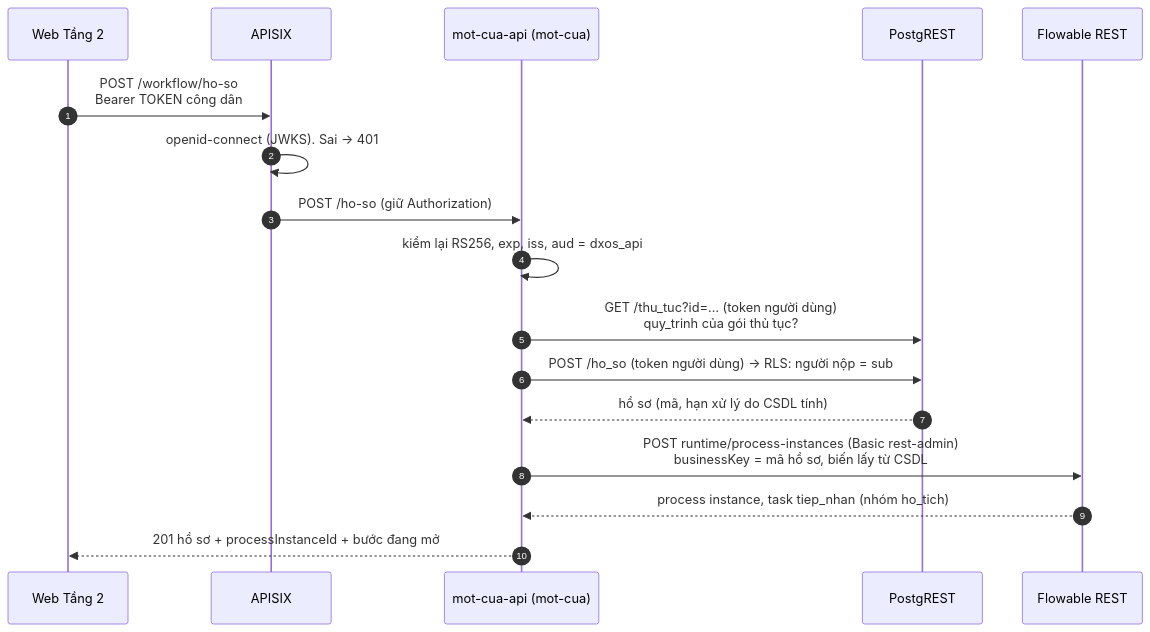
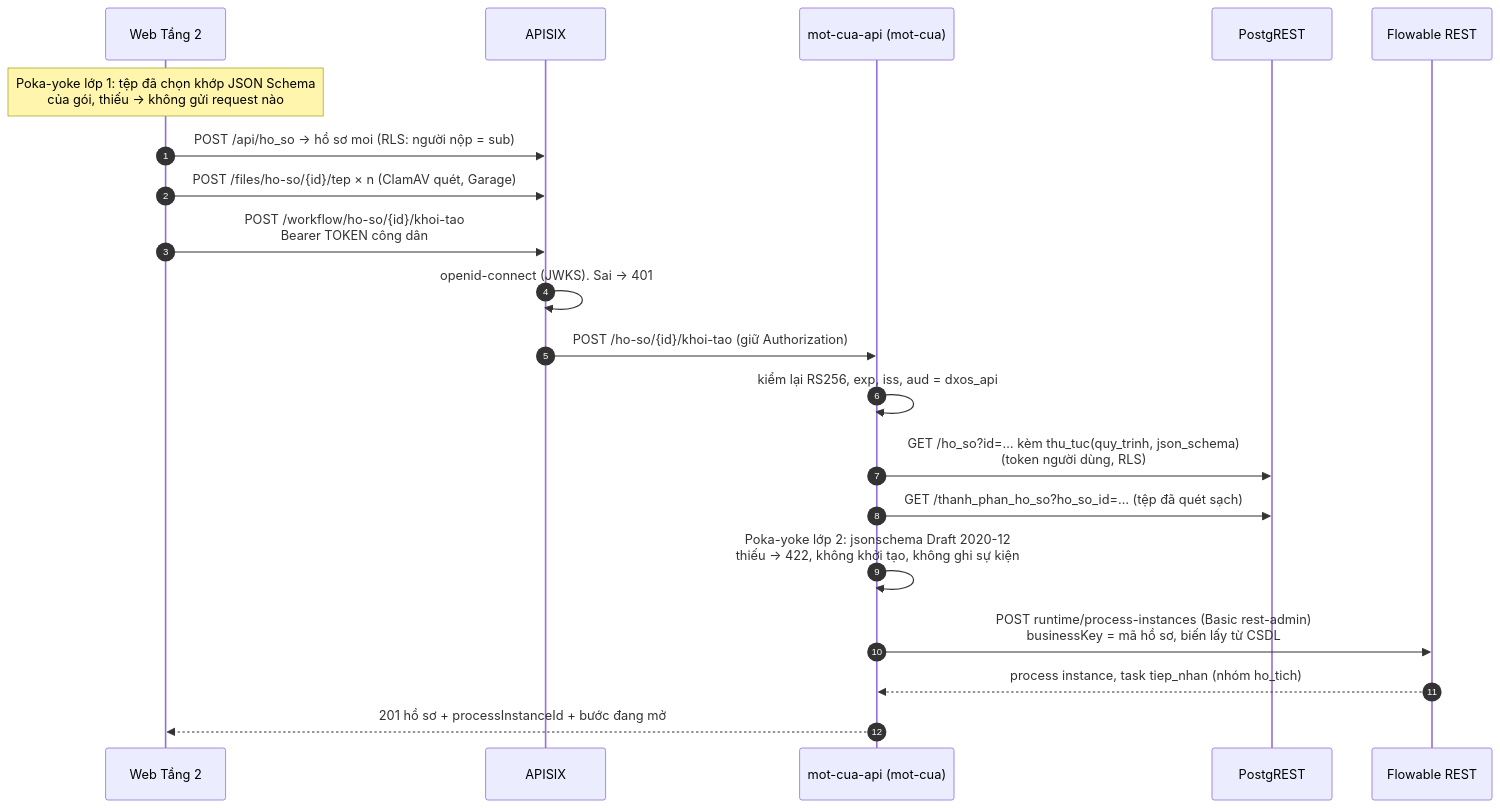
One commit to commune-dxos/commune-dxos changed the fourth of 8 diagrams in docs/architecture.md. Above: the diagram before and after it, drawn with Mermaid. The commit also changed other lines of this file and 13 other files, not shown here.

First line of the commit message:
feat(mot-cua): Poka-yoke phía máy chủ, kiểm JSON Schema trước khi khởi tạo quy trình (#59)

````diff
--- a/docs/architecture.md
+++ b/docs/architecture.md
@@ -348,20 +348,23 @@
 ```mermaid
 sequenceDiagram
   autonumber
   participant App as Web Tầng 2
   participant GW as APISIX
   participant BE as mot-cua-api (mot-cua)
   participant API as PostgREST
   participant FL as Flowable REST
 
-  App->>GW: POST /workflow/ho-so<br/>Bearer TOKEN công dân
+  Note over App: Poka-yoke lớp 1: tệp đã chọn khớp JSON Schema<br/>của gói, thiếu → không gửi request nào
+  App->>GW: POST /api/ho_so → hồ sơ moi (RLS: người nộp = sub)
+  App->>GW: POST /files/ho-so/{id}/tep × n (ClamAV quét, Garage)
+  App->>GW: POST /workflow/ho-so/{id}/khoi-tao<br/>Bearer TOKEN công dân
   GW->>GW: openid-connect (JWKS). Sai → 401
-  GW->>BE: POST /ho-so (giữ Authorization)
+  GW->>BE: POST /ho-so/{id}/khoi-tao (giữ Authorization)
   BE->>BE: kiểm lại RS256, exp, iss, aud = dxos_api
-  BE->>API: GET /thu_tuc?id=… (token người dùng)<br/>quy_trinh của gói thủ tục?
-  BE->>API: POST /ho_so (token người dùng) → RLS: người nộp = sub
-  API-->>BE: hồ sơ (mã, hạn xử lý do CSDL tính)
+  BE->>API: GET /ho_so?id=… kèm thu_tuc(quy_trinh, json_schema)<br/>(token người dùng, RLS)
+  BE->>API: GET /thanh_phan_ho_so?ho_so_id=… (tệp đã quét sạch)
+  BE->>BE: Poka-yoke lớp 2: jsonschema Draft 2020-12<br/>thiếu → 422, không khởi tạo, không ghi sự kiện
   BE->>FL: POST runtime/process-instances (Basic rest-admin)<br/>businessKey = mã hồ sơ, biến lấy từ CSDL
   FL-->>BE: process instance, task tiep_nhan (nhóm ho_tich)
   BE-->>App: 201 hồ sơ + processInstanceId + bước đang mở
 ```
````
